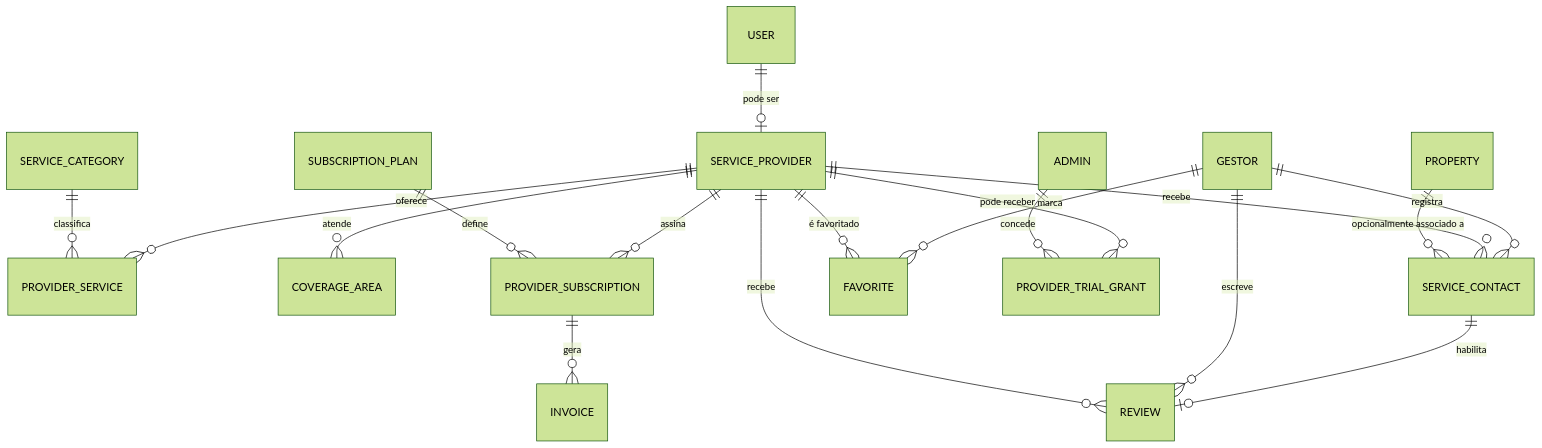
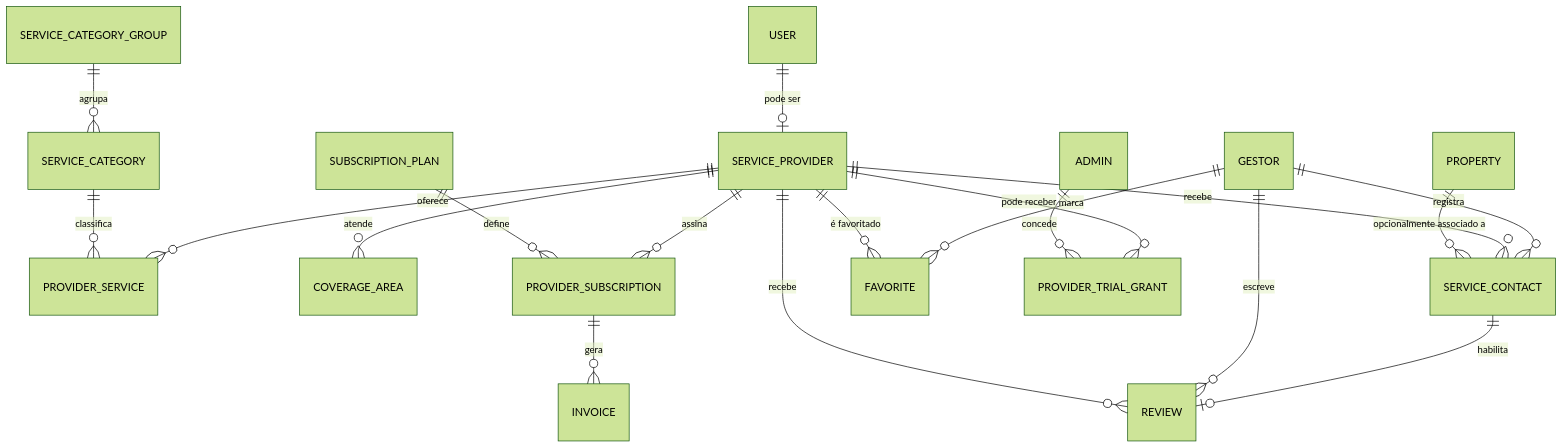
One commit to renanrba/AMSA changed the first of 4 diagrams in docs/analise-marketplace-prestadores-servico.md. Above: the diagram before and after it, drawn with Mermaid (forest theme). The commit also changed other lines of this file, not shown here.

````diff
--- a/docs/analise-marketplace-prestadores-servico.md
+++ b/docs/analise-marketplace-prestadores-servico.md
@@ -185,20 +202,21 @@
 ```mermaid
 erDiagram
     USER ||--o| SERVICE_PROVIDER : "pode ser"
     SERVICE_PROVIDER ||--o{ PROVIDER_SERVICE : oferece
+    SERVICE_CATEGORY_GROUP ||--o{ SERVICE_CATEGORY : agrupa
     SERVICE_CATEGORY ||--o{ PROVIDER_SERVICE : classifica
     SERVICE_PROVIDER ||--o{ COVERAGE_AREA : atende
     SERVICE_PROVIDER ||--o{ PROVIDER_SUBSCRIPTION : assina
     SUBSCRIPTION_PLAN ||--o{ PROVIDER_SUBSCRIPTION : define
     PROVIDER_SUBSCRIPTION ||--o{ INVOICE : gera
     GESTOR ||--o{ SERVICE_CONTACT : registra
     SERVICE_PROVIDER ||--o{ SERVICE_CONTACT : recebe
     SERVICE_CONTACT ||--o| REVIEW : habilita
     GESTOR ||--o{ REVIEW : escreve
     SERVICE_PROVIDER ||--o{ REVIEW : recebe
     GESTOR ||--o{ FAVORITE : marca
     SERVICE_PROVIDER ||--o{ FAVORITE : "é favoritado"
     PROPERTY ||--o{ SERVICE_CONTACT : "opcionalmente associado a"
     SERVICE_PROVIDER ||--o{ PROVIDER_TRIAL_GRANT : "pode receber"
     ADMIN ||--o{ PROVIDER_TRIAL_GRANT : concede
 ```
````
